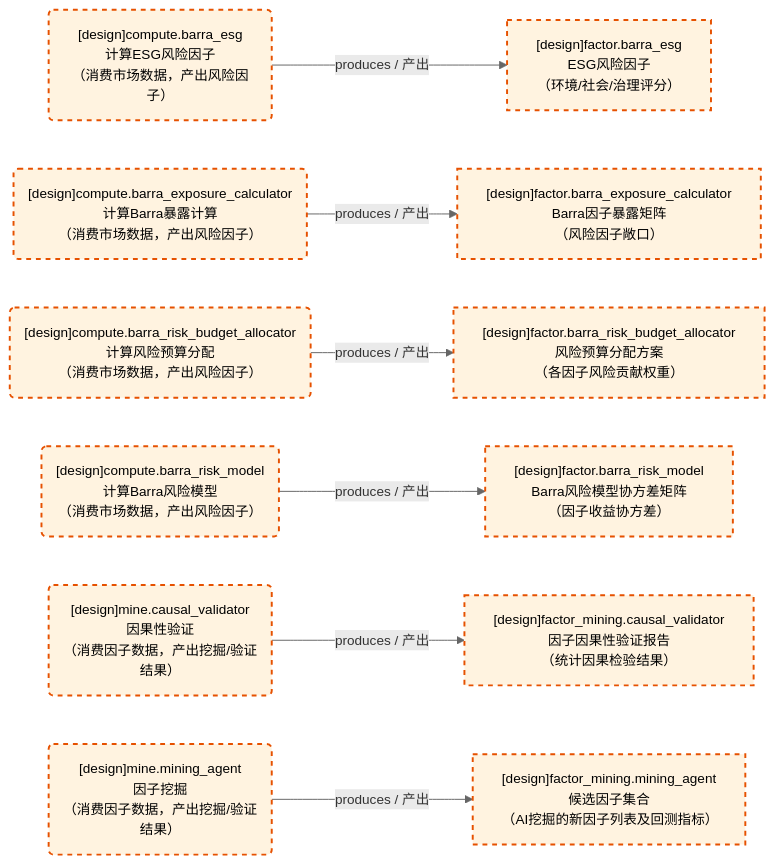
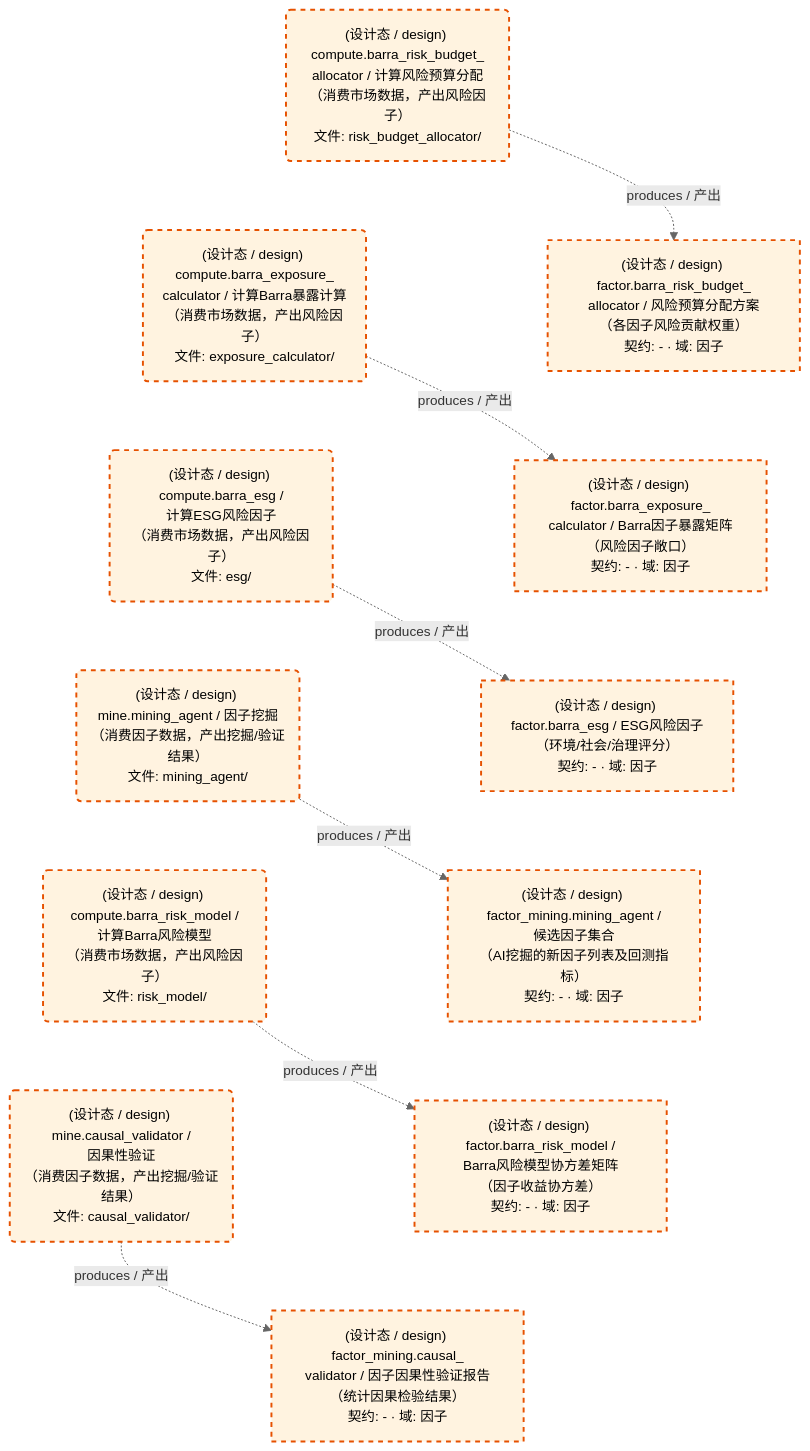
One commit to xuanFelixVan/ZephyrAlpha changed the first of 2 diagrams in docs/02_enterprise_architecture/05_dataflow_architecture/d_factor_barra_mine.md. Above: the diagram before and after it, drawn with Mermaid. The commit also changed other lines of this file and 15 other files, not shown here.

First line of the commit message:
feat(dataflow): 数据流图生成器模板 V1.2 全面升级——灰色主题+TD竖排+四要素+预折行+HTML联动

````diff
--- a/docs/02_enterprise_architecture/05_dataflow_architecture/d_factor_barra_mine.md
+++ b/docs/02_enterprise_architecture/05_dataflow_architecture/d_factor_barra_mine.md
@@ -25,25 +49,37 @@
 ```mermaid
-%%{init: {'theme': 'base', 'themeVariables': {'primaryColor': '#eaeaea', 'primaryTextColor': '#333333', 'primaryBorderColor': '#666666', 'lineColor': '#666666', 'secondaryColor': '#eaeaea', 'tertiaryColor': '#eaeaea', 'fontSize': '14px'}}}%%
-flowchart LR
-    DS11239["[design]factor.barra_esg<br/>ESG风险因子<br/>（环境/社会/治理评分）"]
-    DS11240["[design]factor.barra_exposure_calculator<br/>Barra因子暴露矩阵<br/>（风险因子敞口）"]
-    DS11241["[design]factor.barra_risk_budget_allocator<br/>风险预算分配方案<br/>（各因子风险贡献权重）"]
-    DS11242["[design]factor.barra_risk_model<br/>Barra风险模型协方差矩阵<br/>（因子收益协方差）"]
-    DS11243["[design]factor_mining.causal_validator<br/>因子因果性验证报告<br/>（统计因果检验结果）"]
-    DS11244["[design]factor_mining.mining_agent<br/>候选因子集合<br/>（AI挖掘的新因子列表及回测指标）"]
-    JOB757603("[design]compute.barra_esg<br/>计算ESG风险因子<br/>（消费市场数据，产出风险因子）")
-    JOB757604("[design]compute.barra_exposure_calculator<br/>计算Barra暴露计算<br/>（消费市场数据，产出风险因子）")
-    JOB757605("[design]compute.barra_risk_budget_allocator<br/>计算风险预算分配<br/>（消费市场数据，产出风险因子）")
-    JOB757606("[design]compute.barra_risk_model<br/>计算Barra风险模型<br/>（消费市场数据，产出风险因子）")
-    JOB757607("[design]mine.causal_validator<br/>因果性验证<br/>（消费因子数据，产出挖掘/验证结果）")
-    JOB757608("[design]mine.mining_agent<br/>因子挖掘<br/>（消费因子数据，产出挖掘/验证结果）")
-    JOB757603 -->|produces / 产出| DS11239
-    JOB757604 -->|produces / 产出| DS11240
-    JOB757605 -->|produces / 产出| DS11241
-    JOB757606 -->|produces / 产出| DS11242
-    JOB757607 -->|produces / 产出| DS11243
-    JOB757608 -->|produces / 产出| DS11244
+%%{init: {'theme': 'base', 'themeVariables': {'primaryColor': '#eaeaea', 'primaryTextColor': '#333333', 'primaryBorderColor': '#666666', 'lineColor': '#666666', 'secondaryColor': '#eaeaea', 'tertiaryColor': '#eaeaea', 'clusterBkg': 'transparent', 'clusterBorder': 'transparent', 'fontSize': '14px'}}}%%
+flowchart TD
+    DS11239["(设计态 / design) factor.barra_esg / ESG风险因子<br/>（环境/社会/治理评分）<br/>契约: - · 域: 因子"]
+    DS11240["(设计态 / design) factor.barra_exposure_<br/>calculator / Barra因子暴露矩阵<br/>（风险因子敞口）<br/>契约: - · 域: 因子"]
+    DS11241["(设计态 / design) factor.barra_risk_budget_<br/>allocator / 风险预算分配方案<br/>（各因子风险贡献权重）<br/>契约: - · 域: 因子"]
+    DS11242["(设计态 / design) factor.barra_risk_model /<br/>Barra风险模型协方差矩阵<br/>（因子收益协方差）<br/>契约: - · 域: 因子"]
+    DS11243["(设计态 / design) factor_mining.causal_<br/>validator / 因子因果性验证报告<br/>（统计因果检验结果）<br/>契约: - · 域: 因子"]
+    DS11244["(设计态 / design) factor_mining.mining_agent /<br/>候选因子集合<br/>（AI挖掘的新因子列表及回测指标）<br/>契约: - · 域: 因子"]
+    JOB757603("(设计态 / design) compute.barra_esg /<br/>计算ESG风险因子<br/>（消费市场数据，产出风险因子）<br/>文件: esg/")
+    JOB757604("(设计态 / design) compute.barra_exposure_<br/>calculator / 计算Barra暴露计算<br/>（消费市场数据，产出风险因子）<br/>文件: exposure_calculator/")
+    JOB757605("(设计态 / design) compute.barra_risk_budget_<br/>allocator / 计算风险预算分配<br/>（消费市场数据，产出风险因子）<br/>文件: risk_budget_allocator/")
+    JOB757606("(设计态 / design) compute.barra_risk_model /<br/>计算Barra风险模型<br/>（消费市场数据，产出风险因子）<br/>文件: risk_model/")
+    JOB757607("(设计态 / design) mine.causal_validator /<br/>因果性验证<br/>（消费因子数据，产出挖掘/验证结果）<br/>文件: causal_validator/")
+    JOB757608("(设计态 / design) mine.mining_agent / 因子挖掘<br/>（消费因子数据，产出挖掘/验证结果）<br/>文件: mining_agent/")
+    JOB757603 -.->|produces / 产出| DS11239
+    JOB757604 -.->|produces / 产出| DS11240
+    JOB757605 -.->|produces / 产出| DS11241
+    JOB757606 -.->|produces / 产出| DS11242
+    JOB757607 -.->|produces / 产出| DS11243
+    JOB757608 -.->|produces / 产出| DS11244
+    JOB757605 ~~~ JOB757604
+    JOB757604 ~~~ JOB757603
+    JOB757603 ~~~ JOB757608
+    JOB757608 ~~~ JOB757606
+    JOB757606 ~~~ JOB757607
+    DS11241 ~~~ DS11240
+    DS11240 ~~~ DS11239
+    DS11239 ~~~ DS11244
+    DS11244 ~~~ DS11242
+    DS11242 ~~~ DS11243
+    classDef production fill:#e1f5fe,stroke:#01579b,stroke-width:2px,color:#000
     classDef design fill:#fff3e0,stroke:#e65100,stroke-width:2px,color:#000,stroke-dasharray: 5 5
-    classDef production fill:#e1f5fe,stroke:#01579b,stroke-width:2px,color:#000
+    classDef external_prod fill:#e8f4fd,stroke:#0277bd,stroke-width:1px,color:#000
+    classDef external_design fill:#fff8e7,stroke:#ef6c00,stroke-width:1px,color:#000,stroke-dasharray: 5 5
     class DS11239,DS11240,DS11241,DS11242,DS11243,DS11244,JOB757603,JOB757604,JOB757605,JOB757606,JOB757607,JOB757608 design
 ```
````
